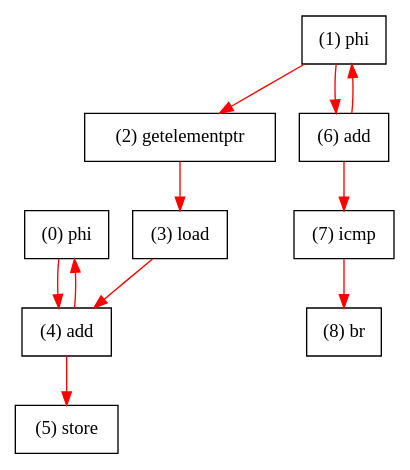
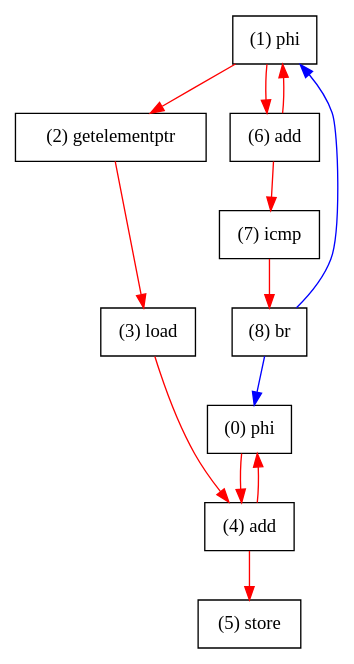
The diagram in benchmark/miniFE/gather0/kernel_org.dot (tancheng/g-fpin), drawn with Graphviz before and after one commit. The commit also changed 34 other files, not shown here.

```diff
--- a/benchmark/miniFE/gather0/kernel_org.dot
+++ b/benchmark/miniFE/gather0/kernel_org.dot
@@ -1,22 +1,25 @@
 digraph "DFG for'kernel' function" {
 	Node0phi[shape=record, label="(0) phi"];
 	Node1phi[shape=record, label="(1) phi"];
 	Node2getelementptr[shape=record, label="(2) getelementptr"];
 	Node3load[shape=record, label="(3) load"];
 	Node4add[shape=record, label="(4) add"];
 	Node5store[shape=record, label="(5) store"];
 	Node6add[shape=record, label="(6) add"];
 	Node7icmp[shape=record, label="(7) icmp"];
 	Node8br[shape=record, label="(8) br"];
+edge [color=blue]
+	Node8br -> Node0phi
+	Node8br -> Node1phi
 edge [color=red]
 	Node4add -> Node0phi
 	Node6add -> Node1phi
 	Node1phi -> Node2getelementptr
 	Node2getelementptr -> Node3load
 	Node0phi -> Node4add
 	Node3load -> Node4add
 	Node4add -> Node5store
 	Node1phi -> Node6add
 	Node6add -> Node7icmp
 	Node7icmp -> Node8br
 }
```
